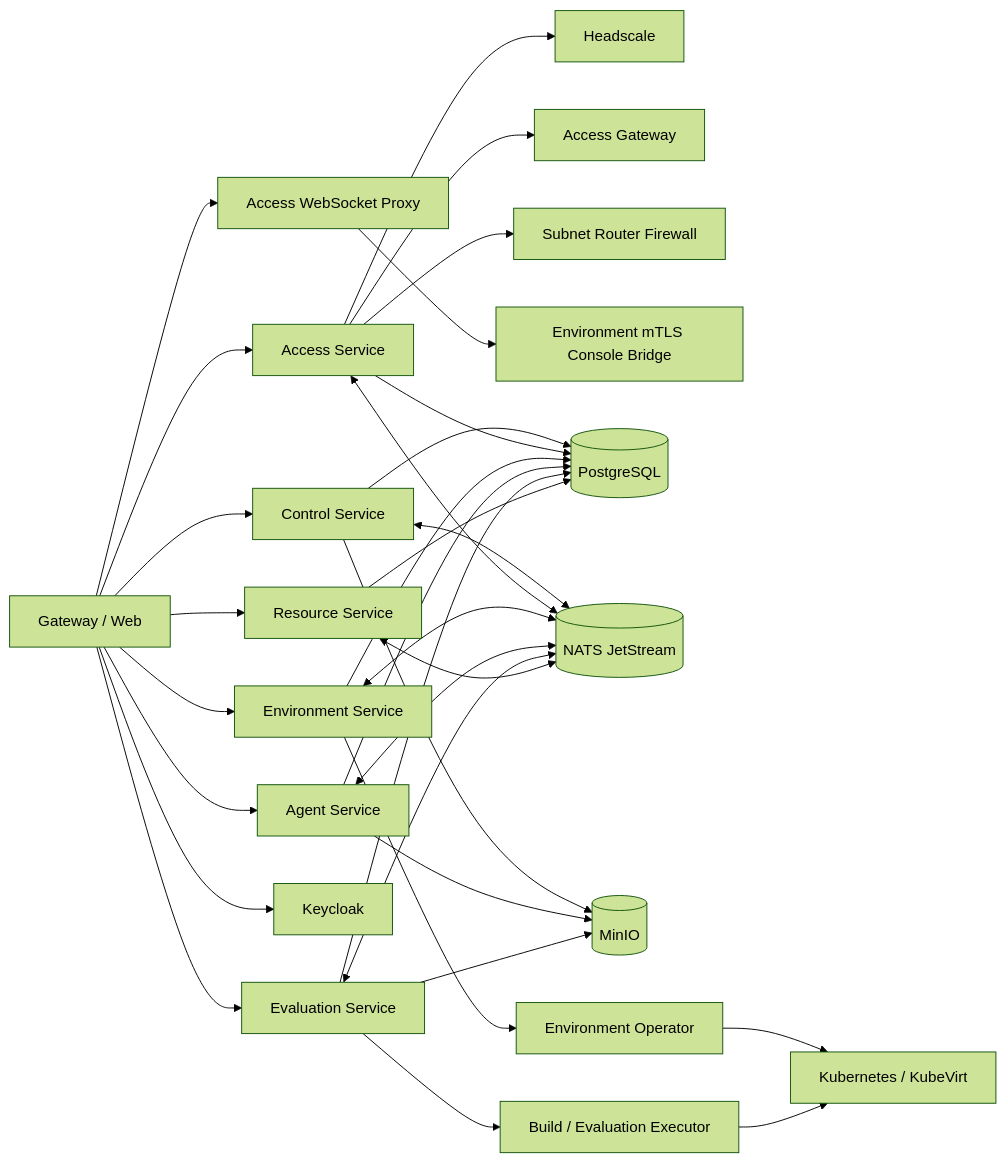
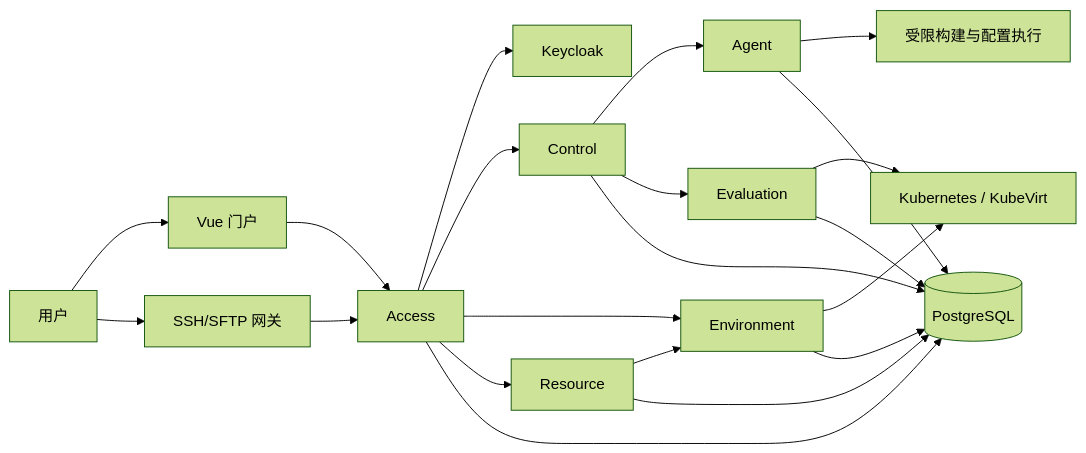
The diagram in docs/architecture/c4.md (TeamMonad/LabWeaver), drawn with Mermaid (forest theme) before and after one commit. The commit also changed other lines of this file and 35 other files, not shown here.

````diff
--- a/docs/architecture/c4.md
+++ b/docs/architecture/c4.md
@@ -30,34 +5,23 @@
 ```mermaid
 flowchart LR
-    WEB[Gateway / Web] --> CTRL[Control Service]
-    WEB --> ACCESS[Access Service]
-    WEB --> ENV[Environment Service]
-    WEB --> AGENT[Agent Service]
-    WEB --> EVAL[Evaluation Service]
-    WEB --> RESOURCE[Resource Service]
-    WEB --> KEYCLOAK[Keycloak]
-    ACCESS --> HEADSCALE[Headscale]
-    ACCESS --> GATEWAY[Access Gateway]
-    ACCESS --> ROUTER[Subnet Router Firewall]
-    WEB --> CONSOLE_PROXY[Access WebSocket Proxy]
-    CONSOLE_PROXY --> ENVIRONMENT[Environment mTLS Console Bridge]
-    CTRL --> PG[(PostgreSQL)]
-    ACCESS --> PG
-    ENV --> PG
-    AGENT --> PG
-    EVAL --> PG
-    RESOURCE --> PG
-    CTRL <--> NATS[(NATS JetStream)]
-    ACCESS <--> NATS
-    ENV <--> NATS
-    AGENT <--> NATS
-    EVAL <--> NATS
-    RESOURCE <--> NATS
-    CTRL --> MINIO[(MinIO)]
-    AGENT --> MINIO
-    EVAL --> MINIO
-    ENV --> OPERATOR[Environment Operator]
-    OPERATOR --> K8S[Kubernetes / KubeVirt]
-    EVAL --> EXECUTOR[Build / Evaluation Executor]
-    EXECUTOR --> K8S
+    U[用户] --> W[Vue 门户]
+    U --> G[SSH/SFTP 网关]
+    W --> A[Access]
+    G --> A
+    A --> K[Keycloak]
+    A --> C[Control]
+    A --> E[Environment]
+    A --> R[Resource]
+    C --> AG[Agent]
+    C --> EV[Evaluation]
+    AG --> B[受限构建与配置执行]
+    E --> CL[Kubernetes / KubeVirt]
+    EV --> CL
+    R --> E
+    C --> DB[(PostgreSQL)]
+    A --> DB
+    E --> DB
+    AG --> DB
+    EV --> DB
+    R --> DB
 ```
````
